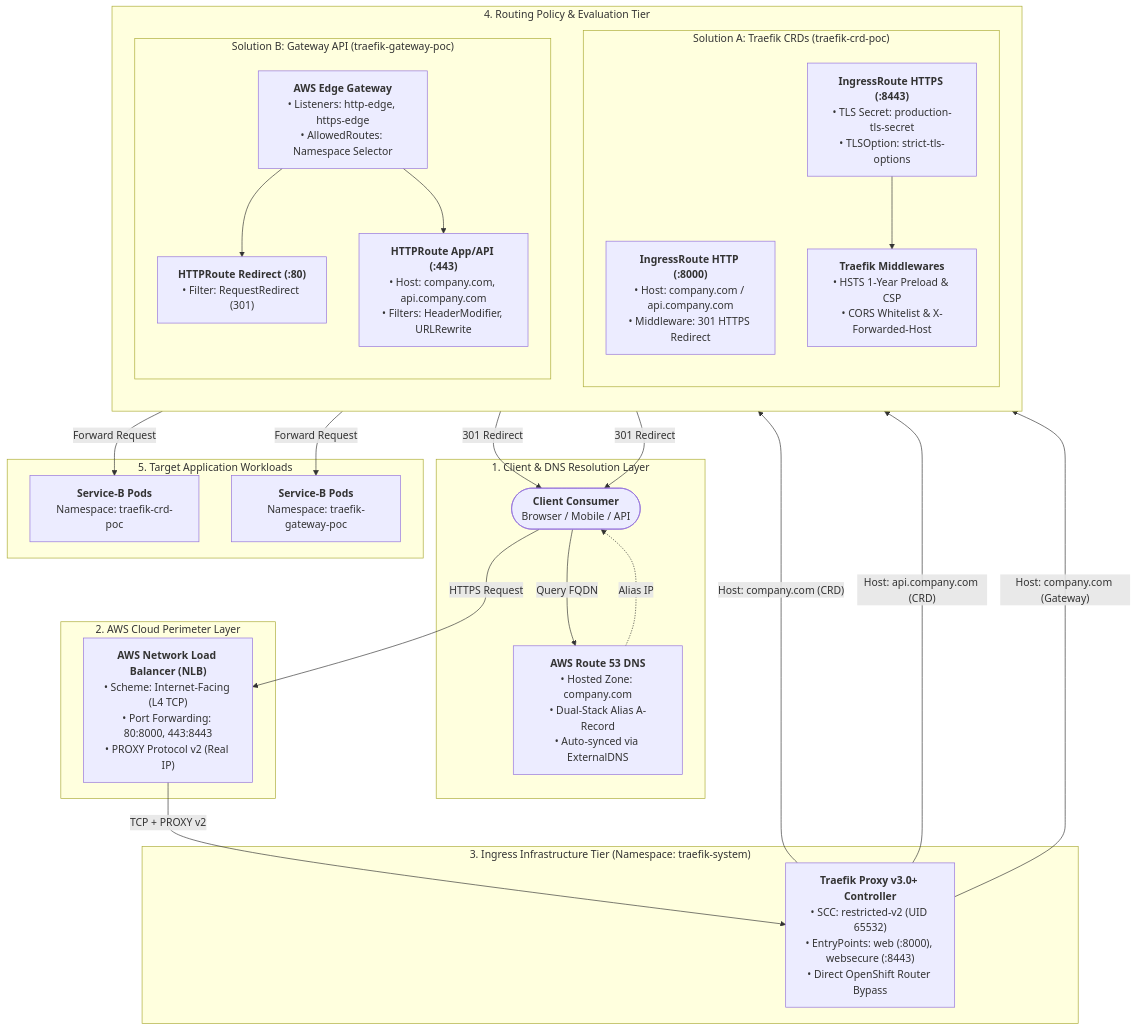
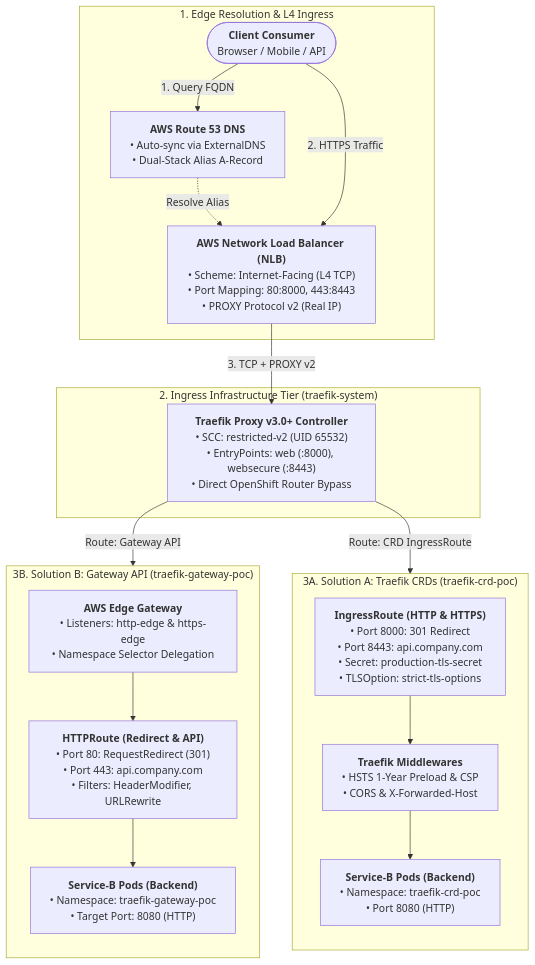
The first of 2 diagrams in README.md (nubenetes/traefik-fqdn-management-poc-openshift-aws), drawn with Mermaid before and after one commit.

Commit message:
fix(mermaid): optimize North-South architecture diagram layout to 777px width to prevent text clipping and canvas overflow

````diff
--- a/README.md
+++ b/README.md
@@ -102,55 +102,37 @@
 ```mermaid
+%%{init: {"flowchart": {"wrappingWidth": 260}}}%%
 flowchart TD
-    subgraph Client_Layer ["1. Client & DNS Resolution Layer"]
+    subgraph Edge_DNS ["1. Edge Resolution & L4 Ingress"]
         User(["<b>Client Consumer</b><br/>Browser / Mobile / API"])
-        R53["<b>AWS Route 53 DNS</b><br/>• Hosted Zone: company.com<br/>• Dual-Stack Alias A-Record<br/>• Auto-synced via ExternalDNS"]
+        R53["<b>AWS Route 53 DNS</b><br/>• Auto-sync via ExternalDNS<br/>• Dual-Stack Alias A-Record"]
+        NLB["<b>AWS Network Load Balancer (NLB)</b><br/>• Scheme: Internet-Facing (L4 TCP)<br/>• Port Mapping: 80:8000, 443:8443<br/>• PROXY Protocol v2 (Real IP)"]
+        User -->|"1. Query FQDN"| R53
+        R53 -.->|"Resolve Alias"| NLB
+        User -->|"2. HTTPS Traffic"| NLB
     end
 
-    subgraph AWS_Edge ["2. AWS Cloud Perimeter Layer"]
-        NLB["<b>AWS Network Load Balancer (NLB)</b><br/>• Scheme: Internet-Facing (L4 TCP)<br/>• Port Forwarding: 80:8000, 443:8443<br/>• PROXY Protocol v2 (Real IP)"]
-    end
-
-    subgraph Ingress_Core ["3. Ingress Infrastructure Tier (Namespace: traefik-system)"]
+    subgraph Ingress_Tier ["2. Ingress Infrastructure Tier (traefik-system)"]
         Traefik["<b>Traefik Proxy v3.0+ Controller</b><br/>• SCC: restricted-v2 (UID 65532)<br/>• EntryPoints: web (:8000), websecure (:8443)<br/>• Direct OpenShift Router Bypass"]
     end
 
-    subgraph Routing_Engines ["4. Routing Policy & Evaluation Tier"]
+    NLB -->|"3. TCP + PROXY v2"| Traefik
+
+    subgraph SolA ["3A. Solution A: Traefik CRDs (traefik-crd-poc)"]
         direction TB
-
-        subgraph SolA_Flow ["Solution A: Traefik CRDs (traefik-crd-poc)"]
-            direction TB
-            IR_HTTP["<b>IngressRoute HTTP (:8000)</b><br/>• Host: company.com / api.company.com<br/>• Middleware: 301 HTTPS Redirect"]
-            IR_HTTPS["<b>IngressRoute HTTPS (:8443)</b><br/>• TLS Secret: production-tls-secret<br/>• TLSOption: strict-tls-options"]
-            MW["<b>Traefik Middlewares</b><br/>• HSTS 1-Year Preload & CSP<br/>• CORS Whitelist & X-Forwarded-Host"]
-            IR_HTTPS --> MW
-        end
-
-        subgraph SolB_Flow ["Solution B: Gateway API (traefik-gateway-poc)"]
-            direction TB
-            GW["<b>AWS Edge Gateway</b><br/>• Listeners: http-edge, https-edge<br/>• AllowedRoutes: Namespace Selector"]
-            HR_HTTP["<b>HTTPRoute Redirect (:80)</b><br/>• Filter: RequestRedirect (301)"]
-            HR_HTTPS["<b>HTTPRoute App/API (:443)</b><br/>• Host: company.com, api.company.com<br/>• Filters: HeaderModifier, URLRewrite"]
-            GW --> HR_HTTP
-            GW --> HR_HTTPS
-        end
+        IR_A["<b>IngressRoute (HTTP & HTTPS)</b><br/>• Port 8000: 301 Redirect<br/>• Port 8443: api.company.com<br/>• Secret: production-tls-secret<br/>• TLSOption: strict-tls-options"]
+        MW["<b>Traefik Middlewares</b><br/>• HSTS 1-Year Preload & CSP<br/>• CORS & X-Forwarded-Host"]
+        ServiceB_A["<b>Service-B Pods (Backend)</b><br/>• Namespace: traefik-crd-poc<br/>• Port 8080 (HTTP)"]
+        IR_A --> MW --> ServiceB_A
     end
 
-    subgraph Workload_Tier ["5. Target Application Workloads"]
-        ServiceB_A["<b>Service-B Pods</b><br/>Namespace: traefik-crd-poc"]
-        ServiceB_B["<b>Service-B Pods</b><br/>Namespace: traefik-gateway-poc"]
+    subgraph SolB ["3B. Solution B: Gateway API (traefik-gateway-poc)"]
+        direction TB
+        GW["<b>AWS Edge Gateway</b><br/>• Listeners: http-edge & https-edge<br/>• Namespace Selector Delegation"]
+        HR["<b>HTTPRoute (Redirect & API)</b><br/>• Port 80: RequestRedirect (301)<br/>• Port 443: api.company.com<br/>• Filters: HeaderModifier, URLRewrite"]
+        ServiceB_B["<b>Service-B Pods (Backend)</b><br/>• Namespace: traefik-gateway-poc<br/>• Target Port: 8080 (HTTP)"]
+        GW --> HR --> ServiceB_B
     end
 
-    User -->|"Query FQDN"| R53
-    R53 -.->|"Alias IP"| User
-    User -->|"HTTPS Request"| NLB
-    NLB -->|"TCP + PROXY v2"| Traefik
-
-    Traefik -->|"Host: company.com (CRD)"| IR_HTTP
-    IR_HTTP -->|"301 Redirect"| User
-    Traefik -->|"Host: api.company.com (CRD)"| IR_HTTPS
-    MW -->|"Forward Request"| ServiceB_A
-
-    Traefik -->|"Host: company.com (Gateway)"| GW
-    HR_HTTP -->|"301 Redirect"| User
-    HR_HTTPS -->|"Forward Request"| ServiceB_B
+    Traefik -->|"Route: CRD IngressRoute"| IR_A
+    Traefik -->|"Route: Gateway API"| GW
 ```
````
